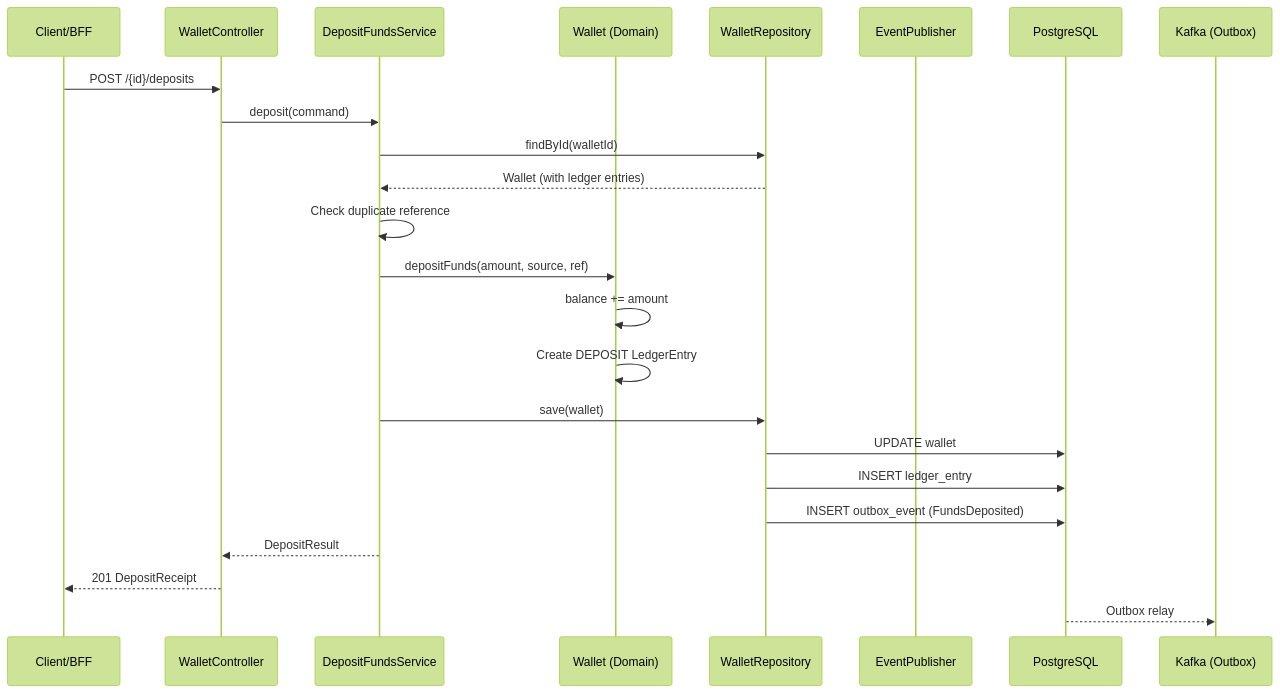
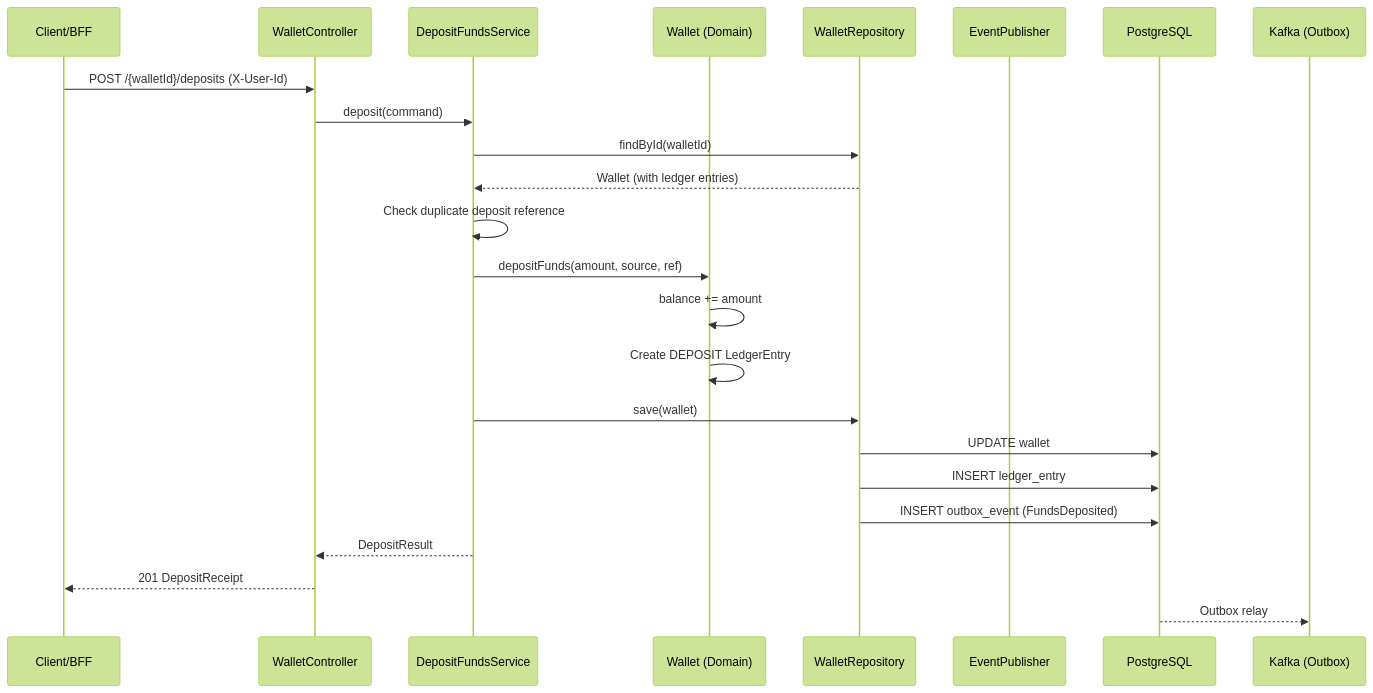
The second of 2 diagrams in docs/obsidian/01 - Services/Wallet Service.md (AlexAlvarezGallardo-GitHub/Aegis), drawn with Mermaid (forest theme) before and after one commit. The commit also changed other lines of this file and 87 other files, not shown here.

````diff
--- a/docs/obsidian/01 - Services/Wallet Service.md
+++ b/docs/obsidian/01 - Services/Wallet Service.md
@@ -35,27 +44,27 @@
 ```mermaid
 sequenceDiagram
     participant Client as Client/BFF
     participant Ctrl as WalletController
     participant Svc as DepositFundsService
     participant Wallet as Wallet (Domain)
     participant Repo as WalletRepository
     participant Event as EventPublisher
     participant DB as PostgreSQL
     participant Kafka as Kafka (Outbox)
 
-    Client->>Ctrl: POST /{id}/deposits
+    Client->>Ctrl: POST /{walletId}/deposits (X-User-Id)
     Ctrl->>Svc: deposit(command)
     Svc->>Repo: findById(walletId)
     Repo-->>Svc: Wallet (with ledger entries)
-    Svc->>Svc: Check duplicate reference
+    Svc->>Svc: Check duplicate deposit reference
     Svc->>Wallet: depositFunds(amount, source, ref)
     Wallet->>Wallet: balance += amount
     Wallet->>Wallet: Create DEPOSIT LedgerEntry
     Svc->>Repo: save(wallet)
     Repo->>DB: UPDATE wallet
     Repo->>DB: INSERT ledger_entry
     Repo->>DB: INSERT outbox_event (FundsDeposited)
     Svc-->>Ctrl: DepositResult
     Ctrl-->>Client: 201 DepositReceipt
     DB-->>Kafka: Outbox relay
 ```
````
